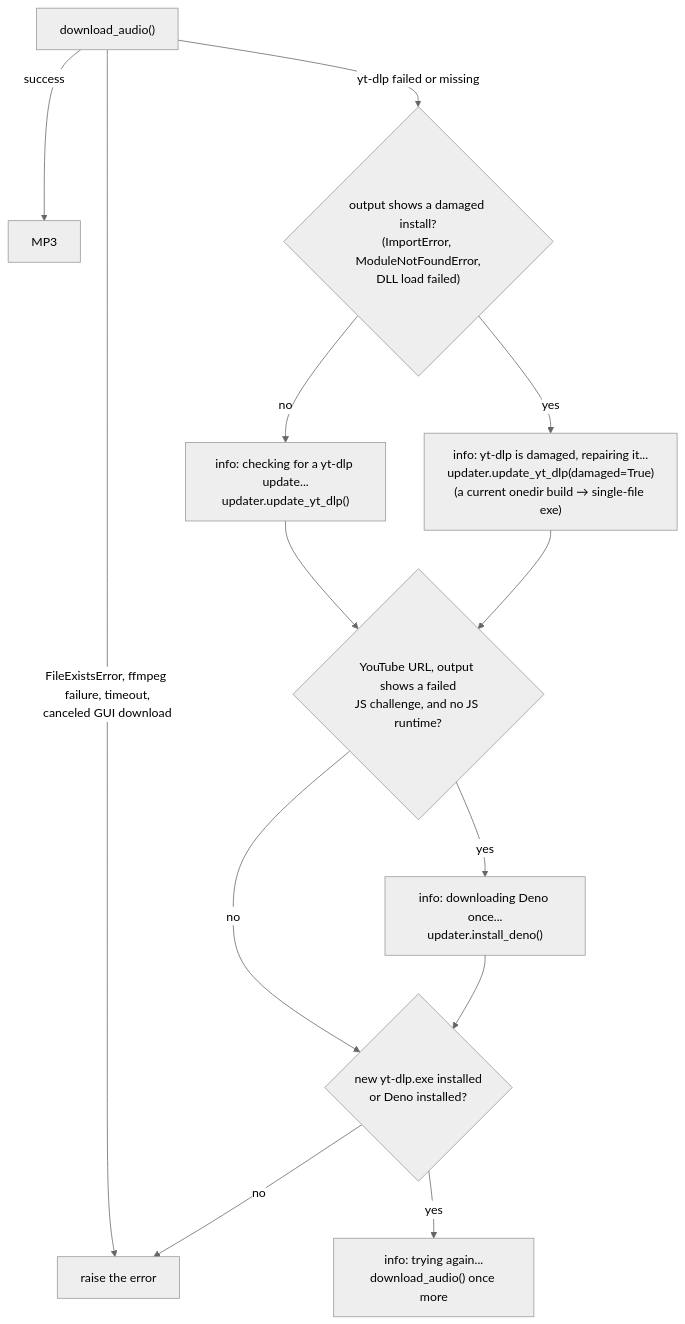
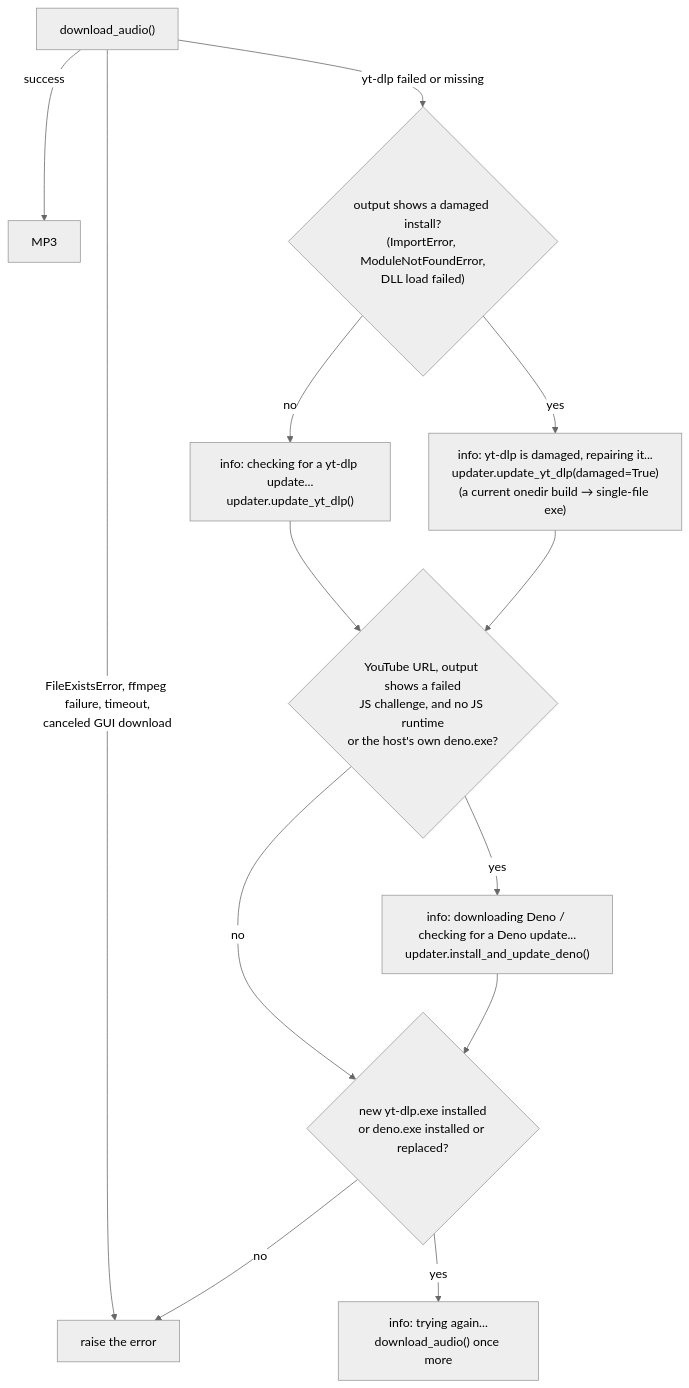
Before and after one commit to martin-iflap/YT-MP3-Downloader: diagram 16 of 22 in ARCHITECTURE.md, drawn with Mermaid (neutral theme). The commit also changed other lines of this file and 10 other files, not shown here.

````diff
--- a/ARCHITECTURE.md
+++ b/ARCHITECTURE.md
@@ -942,15 +942,15 @@
 ```mermaid
 flowchart TB
     A["download_audio()"] -- success --> OK["MP3"]
     A -- "FileExistsError, ffmpeg failure, timeout,<br/>canceled GUI download" --> RAISE["raise the error"]
     A -- "yt-dlp failed or missing" --> B{"output shows a damaged install?<br/>(ImportError, ModuleNotFoundError,<br/>DLL load failed)"}
     B -- no --> U["info: checking for a yt-dlp update...<br/>updater.update_yt_dlp()"]
     B -- yes --> R["info: yt-dlp is damaged, repairing it...<br/>updater.update_yt_dlp(damaged=True)<br/>(a current onedir build → single-file exe)"]
     U --> J
-    R --> J{"YouTube URL, output shows a failed<br/>JS challenge, and no JS runtime?"}
-    J -- yes --> DN["info: downloading Deno once...<br/>updater.install_deno()"]
+    R --> J{"YouTube URL, output shows a failed<br/>JS challenge, and no JS runtime<br/>or the host's own deno.exe?"}
+    J -- yes --> DN["info: downloading Deno / checking for a Deno update...<br/>updater.install_and_update_deno()"]
     J -- no --> C
-    DN --> C{"new yt-dlp.exe installed<br/>or Deno installed?"}
+    DN --> C{"new yt-dlp.exe installed<br/>or deno.exe installed or replaced?"}
     C -- no --> RAISE
     C -- yes --> RETRY["info: trying again...<br/>download_audio() once more"]
 ```
````
